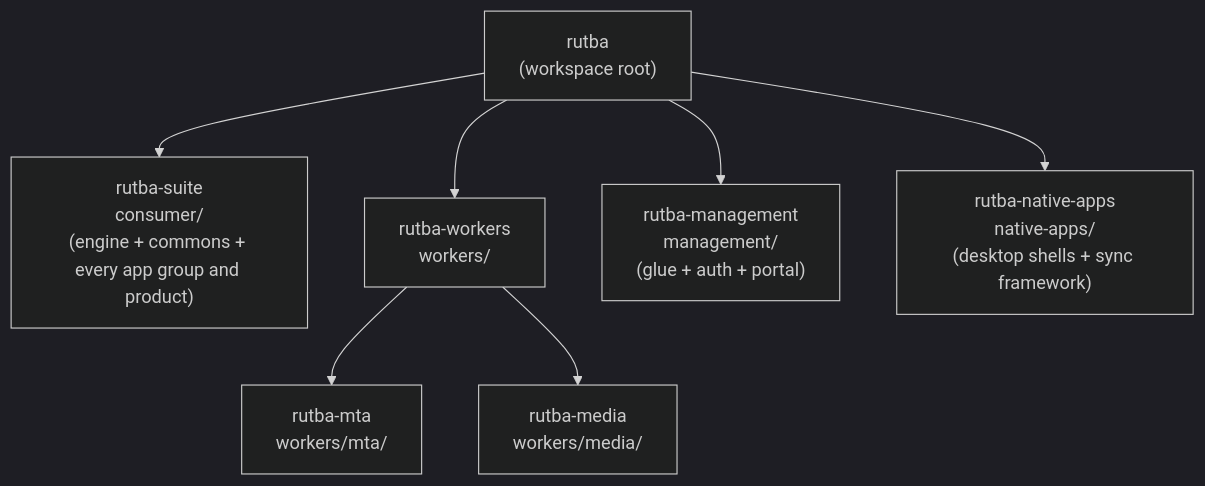
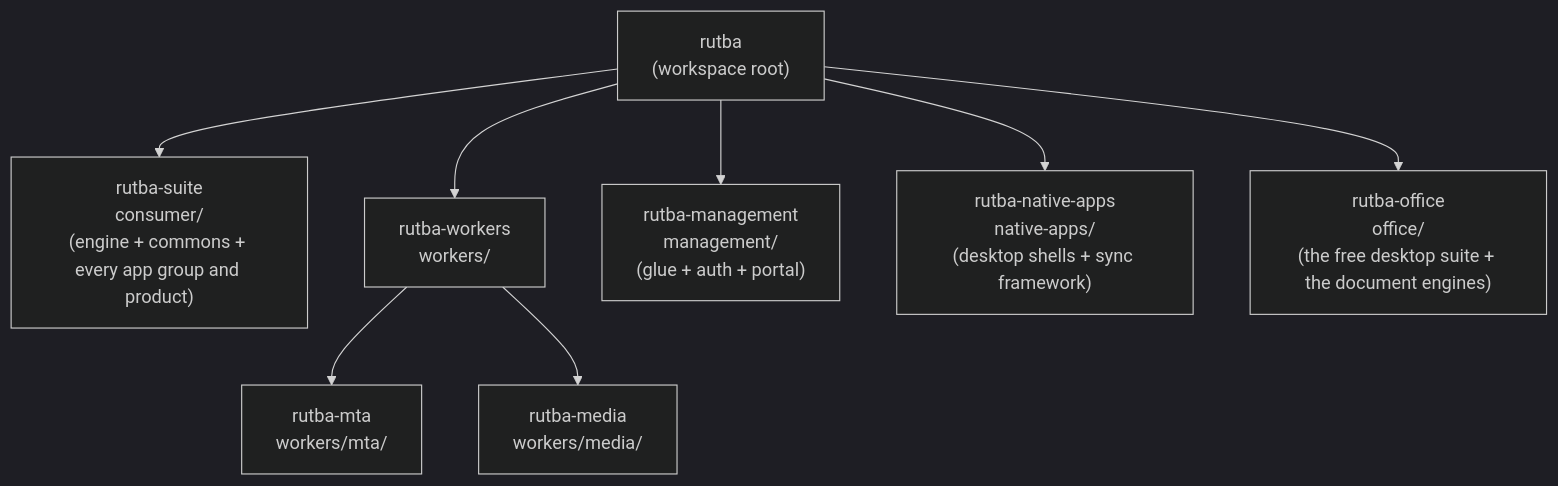
The diagram in REPOS.md (eharain/Rutba), drawn with Mermaid (dark theme) before and after one commit. The commit also changed other lines of this file and 1 other file, not shown here.

First line of the commit message:
estate records: an eighth repo, the free desktop suite

````diff
--- a/REPOS.md
+++ b/REPOS.md
@@ -17,16 +17,18 @@
 ```mermaid
 flowchart TD
     rutba["rutba<br/>(workspace root)"]
     suite["rutba-suite<br/>consumer/<br/>(engine + commons + every app group and product)"]
     workersR["rutba-workers<br/>workers/"]
     mta["rutba-mta<br/>workers/mta/"]
     media["rutba-media<br/>workers/media/"]
     mgmt["rutba-management<br/>management/<br/>(glue + auth + portal)"]
     native["rutba-native-apps<br/>native-apps/<br/>(desktop shells + sync framework)"]
+    office["rutba-office<br/>office/<br/>(the free desktop suite + the document engines)"]
     rutba --> suite
     rutba --> workersR
     workersR --> mta
     workersR --> media
     rutba --> mgmt
     rutba --> native
+    rutba --> office
 ```
````
